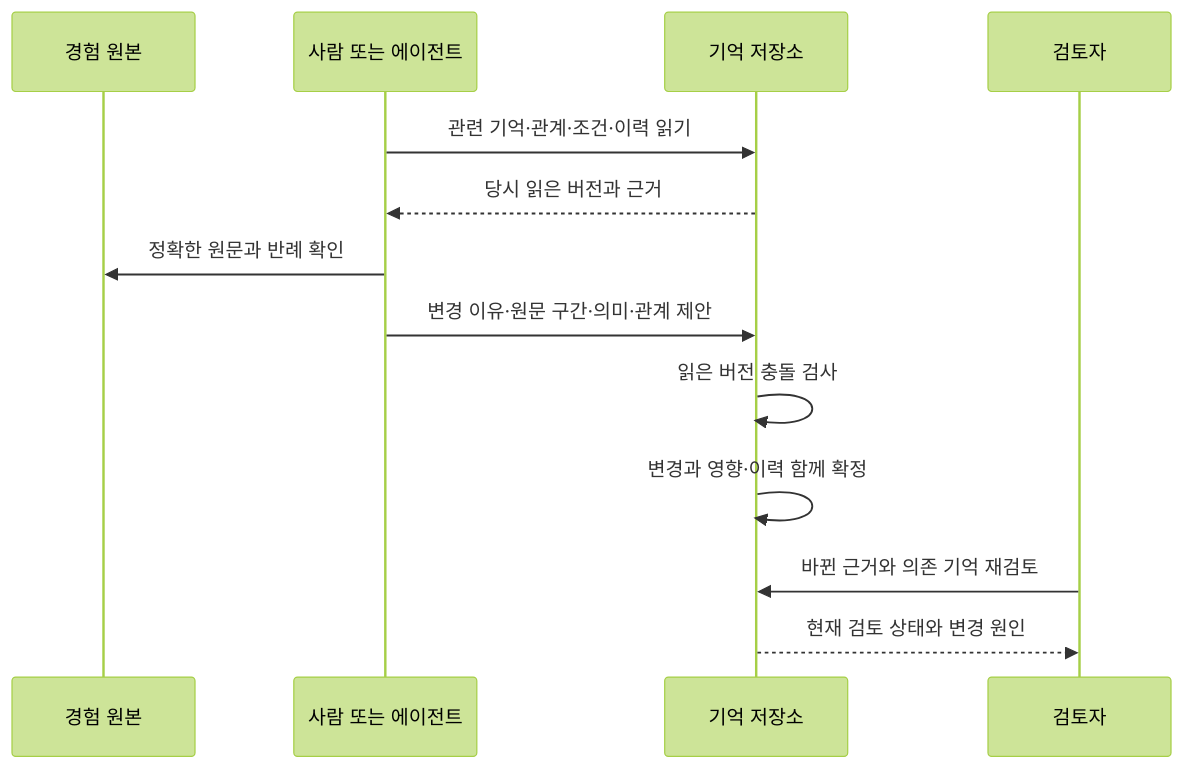
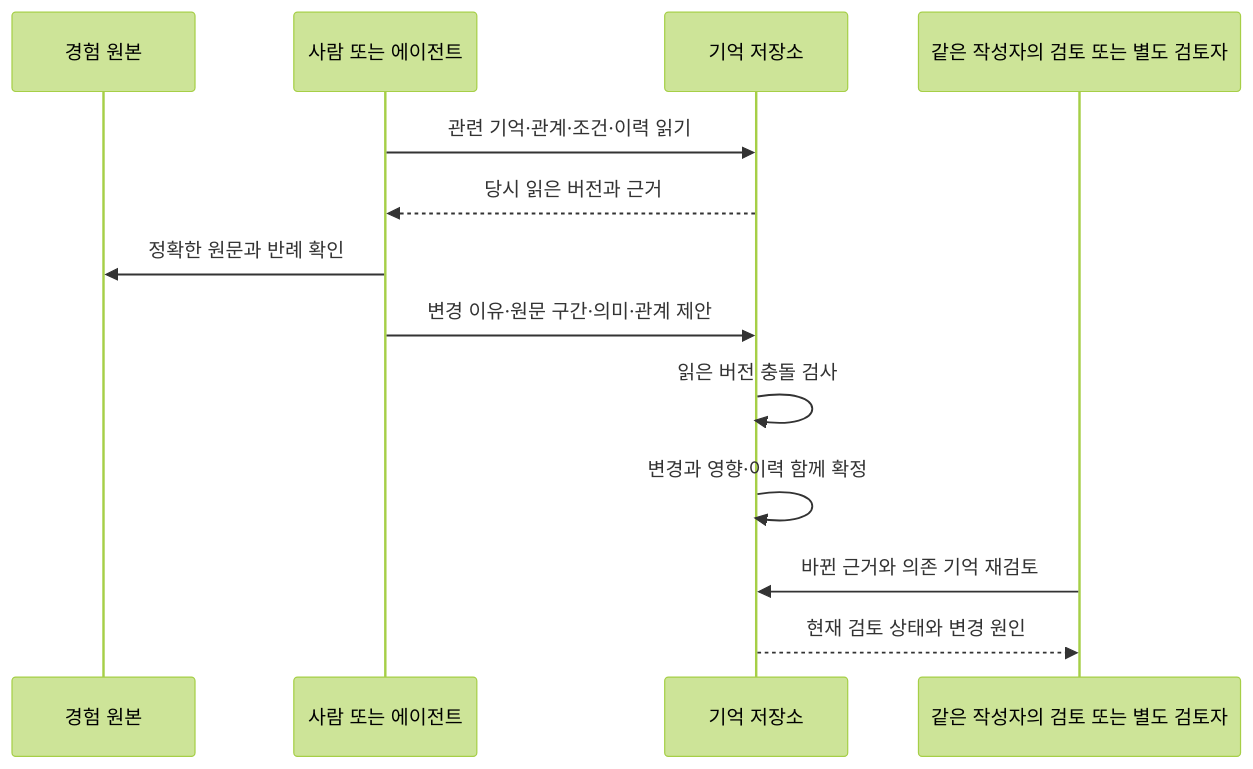
One commit to replex-me/grounded-memory-architecture changed the diagram in docs/architecture.md. Above: the diagram before and after it, drawn with Mermaid (forest theme). The commit also changed other lines of this file and 3 other files, not shown here.

````diff
--- a/docs/architecture.md
+++ b/docs/architecture.md
@@ -48,15 +48,15 @@
 ```mermaid
 sequenceDiagram
     participant E as 경험 원본
     participant J as 사람 또는 에이전트
     participant S as 기억 저장소
-    participant R as 검토자
+    participant R as 같은 작성자의 검토 또는 별도 검토자
     J->>S: 관련 기억·관계·조건·이력 읽기
     S-->>J: 당시 읽은 버전과 근거
     J->>E: 정확한 원문과 반례 확인
     J->>S: 변경 이유·원문 구간·의미·관계 제안
     S->>S: 읽은 버전 충돌 검사
     S->>S: 변경과 영향·이력 함께 확정
     R->>S: 바뀐 근거와 의존 기억 재검토
     S-->>R: 현재 검토 상태와 변경 원인
 ```
````
